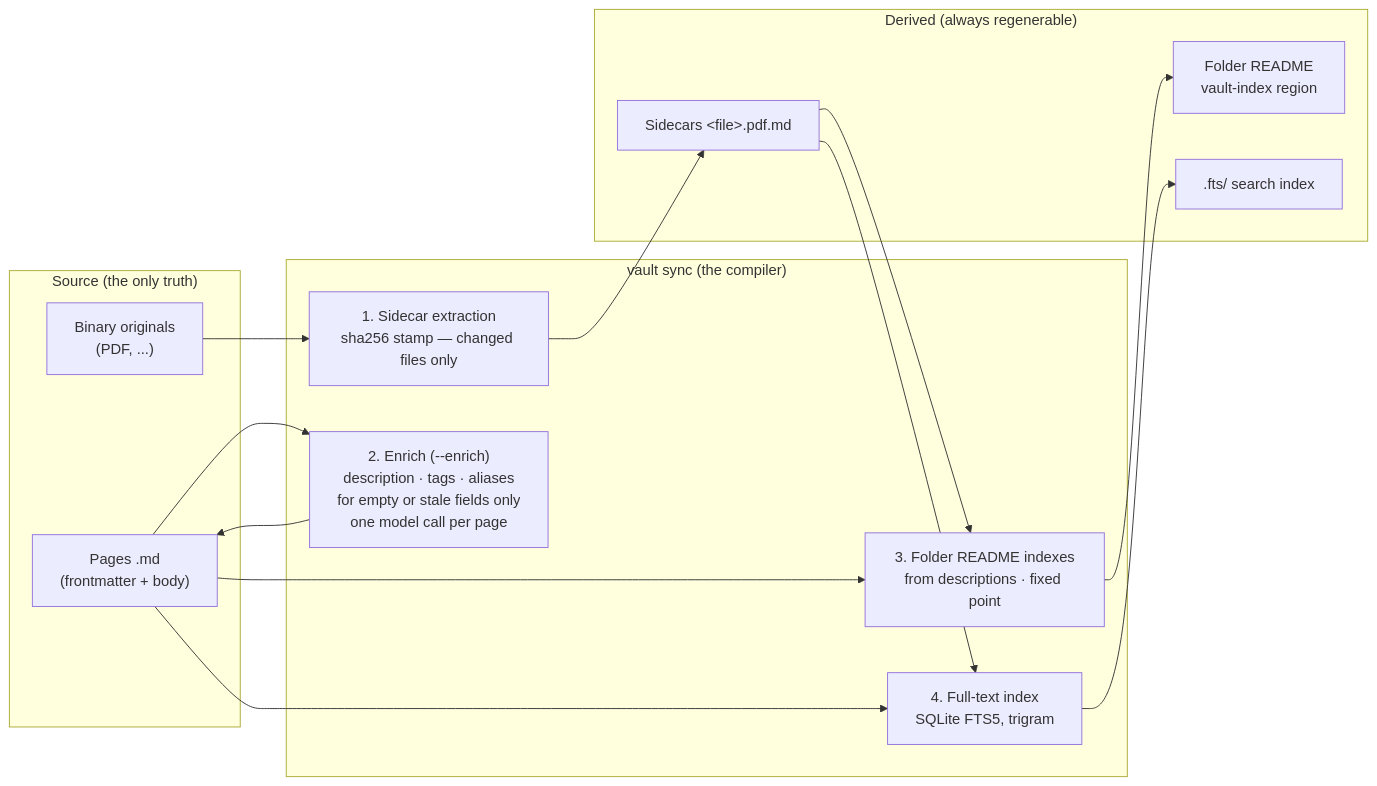
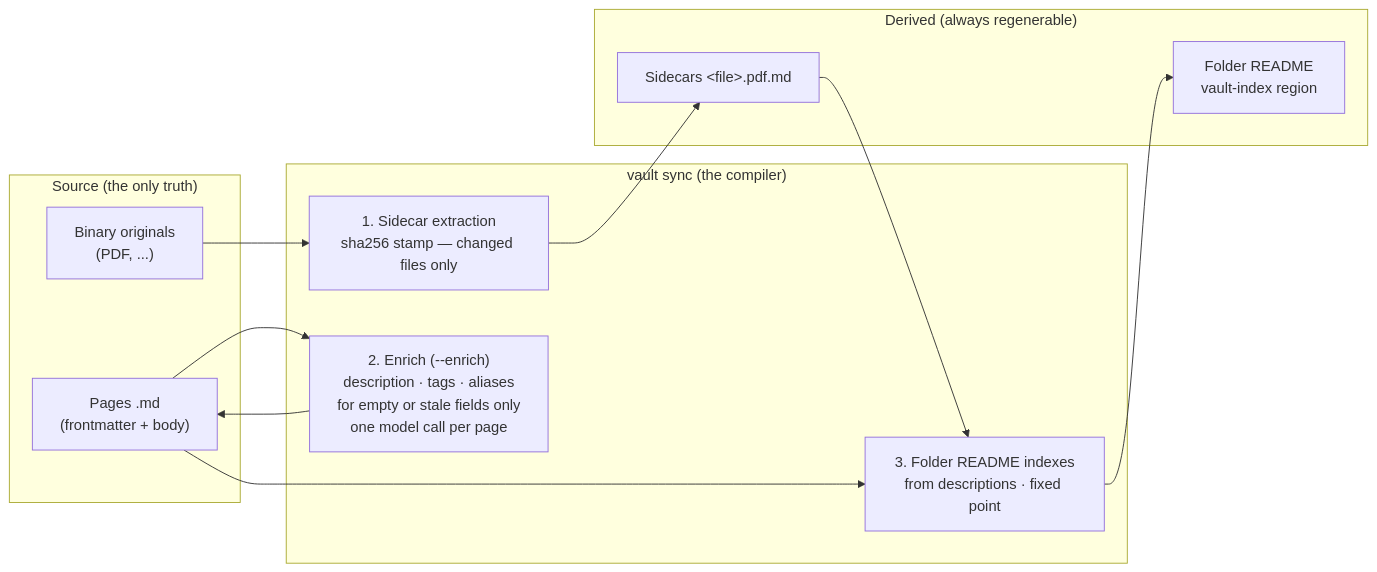
Before and after one commit to aldegad/kuma-vault: the first of 5 diagrams in docs/architecture.md, drawn with Mermaid. The commit also changed other lines of this file and 130 other files, not shown here.

````diff
--- a/docs/architecture.md
+++ b/docs/architecture.md
@@ -25,27 +25,23 @@
 ```mermaid
 flowchart LR
     subgraph SRC["Source (the only truth)"]
         MD["Pages .md<br/>(frontmatter + body)"]
         BIN["Binary originals<br/>(PDF, ...)"]
     end
 
     subgraph SYNC["vault sync (the compiler)"]
         S1["1. Sidecar extraction<br/>sha256 stamp — changed files only"]
         S2["2. Enrich (--enrich)<br/>description · tags · aliases<br/>for empty or stale fields only<br/>one model call per page"]
         S3["3. Folder README indexes<br/>from descriptions · fixed point"]
-        S4["4. Full-text index<br/>SQLite FTS5, trigram"]
     end
 
     subgraph OUT["Derived (always regenerable)"]
         SC["Sidecars &lt;file&gt;.pdf.md"]
         IDX["Folder README<br/>vault-index region"]
-        FTS[".fts/ search index"]
     end
 
     BIN --> S1 --> SC
     MD --> S2 --> MD
     MD --> S3 --> IDX
     SC --> S3
-    MD --> S4 --> FTS
-    SC --> S4
 ```
````
